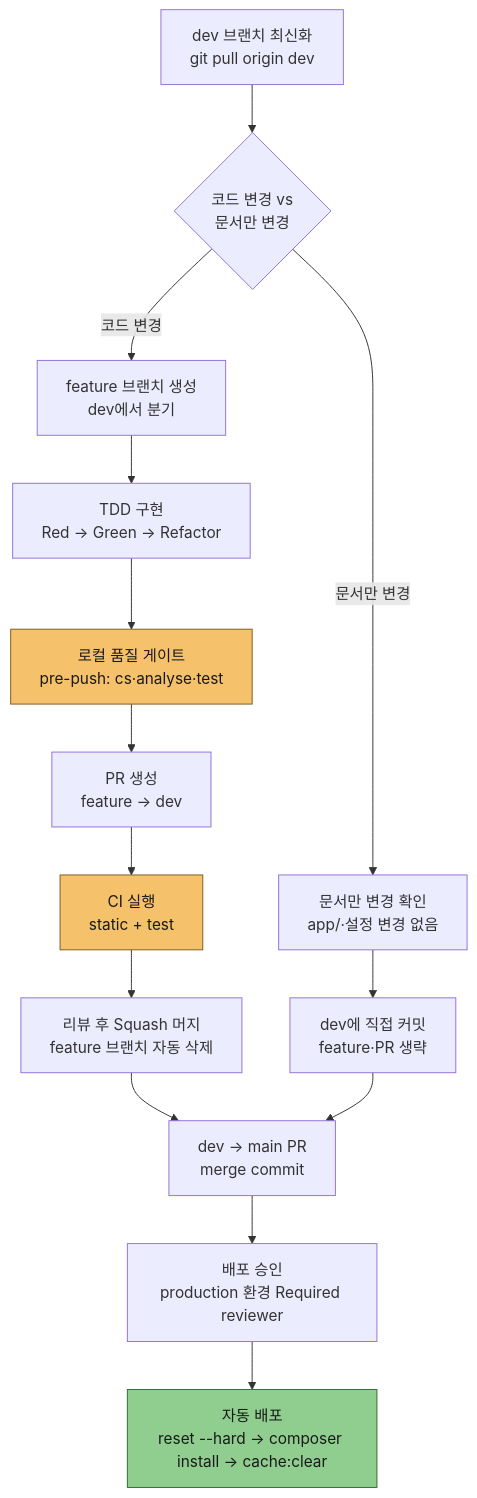
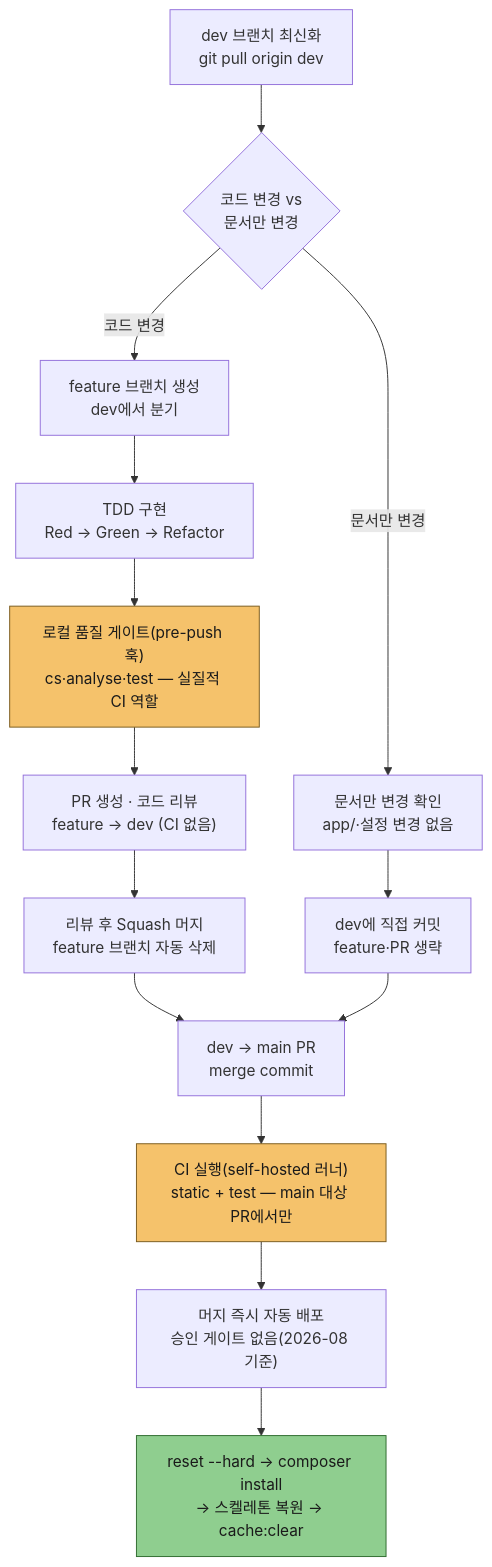
The diagram in README.md (pushwing/AICopia), drawn with Mermaid before and after one commit. The commit also changed other lines of this file, not shown here.

````diff
--- a/README.md
+++ b/README.md
@@ -322,23 +335,23 @@
 ```mermaid
 flowchart TD
     A["dev 브랜치 최신화<br/>git pull origin dev"] --> B{"코드 변경 vs<br/>문서만 변경"}
 
     B -->|코드 변경| C["feature 브랜치 생성<br/>dev에서 분기"]
     C --> D["TDD 구현<br/>Red → Green → Refactor"]
-    D --> E["로컬 품질 게이트<br/>pre-push: cs·analyse·test"]
-    E --> F["PR 생성<br/>feature → dev"]
-    F --> G["CI 실행<br/>static + test"]
-    G --> H["리뷰 후 Squash 머지<br/>feature 브랜치 자동 삭제"]
+    D --> E["로컬 품질 게이트(pre-push 훅)<br/>cs·analyse·test — 실질적 CI 역할"]
+    E --> F["PR 생성 · 코드 리뷰<br/>feature → dev (CI 없음)"]
+    F --> H["리뷰 후 Squash 머지<br/>feature 브랜치 자동 삭제"]
 
     B -->|문서만 변경| I["문서만 변경 확인<br/>app/·설정 변경 없음"]
     I --> J["dev에 직접 커밋<br/>feature·PR 생략"]
 
     H --> K["dev → main PR<br/>merge commit"]
     J --> K
-    K --> L["배포 승인<br/>production 환경 Required reviewer"]
-    L --> M["자동 배포<br/>reset --hard → composer install → cache:clear"]
+    K --> G["CI 실행(self-hosted 러너)<br/>static + test — main 대상 PR에서만"]
+    G --> L["머지 즉시 자동 배포<br/>승인 게이트 없음(2026-08 기준)"]
+    L --> M["reset --hard → composer install<br/>→ 스켈레톤 복원 → cache:clear"]
 
     style E fill:#f5c26b,stroke:#7a5b1e,color:#1a1a1a
     style G fill:#f5c26b,stroke:#7a5b1e,color:#1a1a1a
     style M fill:#8fce8f,stroke:#2f6b2f,color:#1a1a1a
 ```
````
